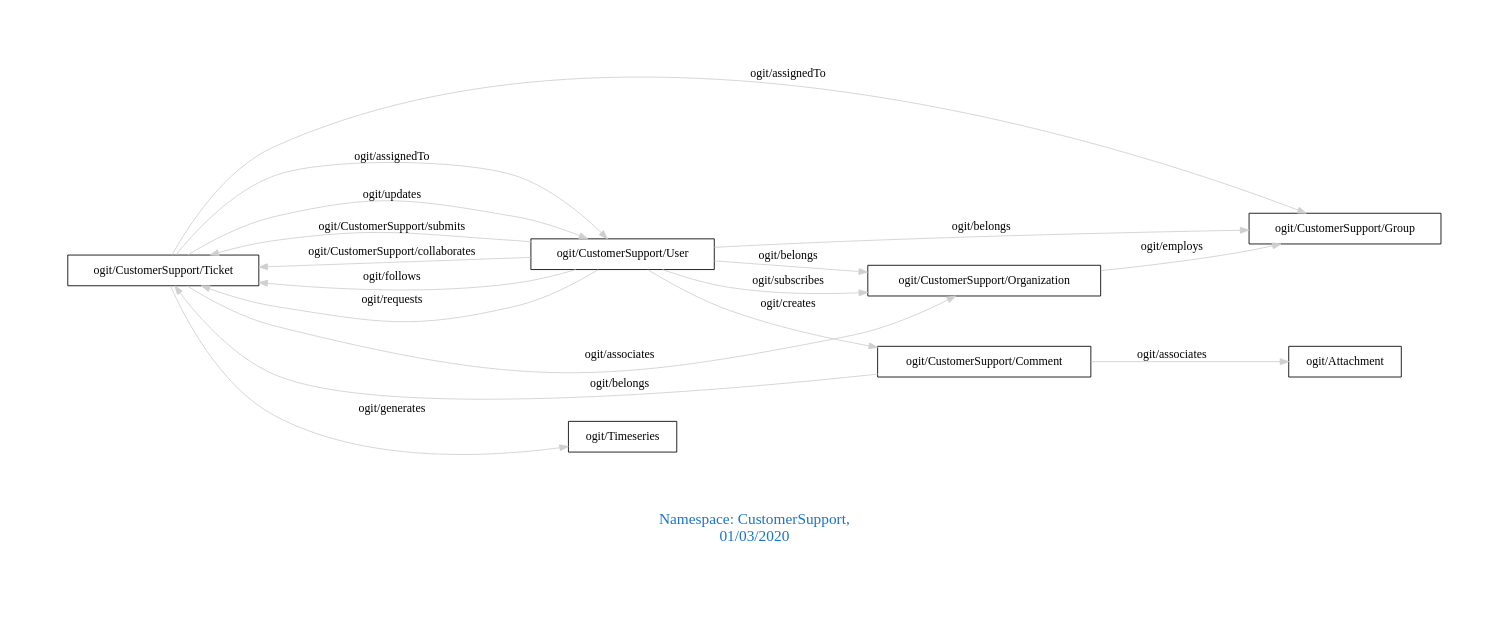
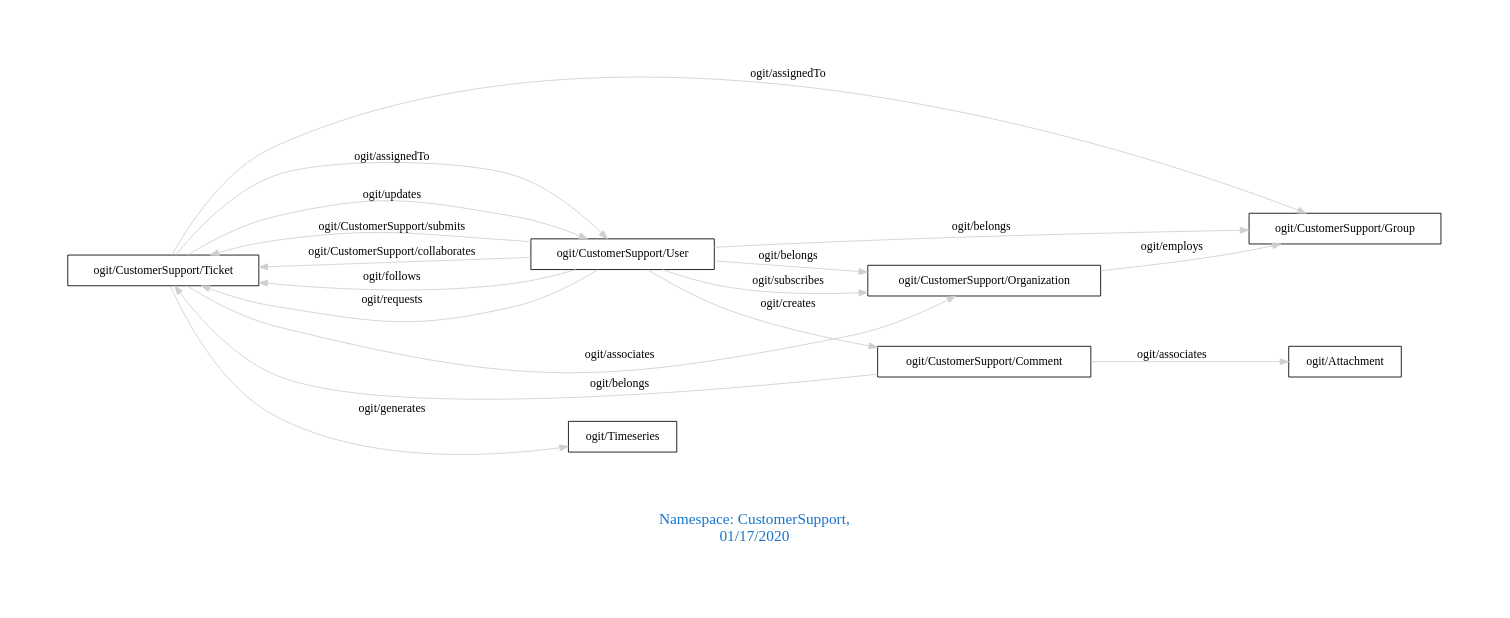
One commit to arago/OGIT changed the diagram in downloads/CustomerSupport.dot. Above: the diagram before and after it, drawn with Graphviz. The commit also changed 1723 other files, not shown here.

```diff
--- a/downloads/CustomerSupport.dot
+++ b/downloads/CustomerSupport.dot
@@ -1,24 +1,24 @@
 digraph OGIT_ontology {
  graph [ rankdir= LR,pad=1 
 fontsize = 18,
-fontcolor= dodgerblue3,label = "\n\n\nNamespace: CustomerSupport, \n 01/03/2020"];
+fontcolor= dodgerblue3,label = "\n\n\nNamespace: CustomerSupport, \n 01/17/2020"];
 node[shape=polygon];
 edge [  color="gray81"];
 
    "ogit/CustomerSupport/Ticket" -> "ogit/CustomerSupport/User" [label="   ogit/assignedTo    "];
    "ogit/CustomerSupport/Ticket" -> "ogit/CustomerSupport/Group" [label="   ogit/assignedTo    "];
    "ogit/CustomerSupport/Ticket" -> "ogit/Timeseries" [label="   ogit/generates    "];
    "ogit/CustomerSupport/User" -> "ogit/CustomerSupport/Ticket" [label="   ogit/CustomerSupport/submits    "];
    "ogit/CustomerSupport/Organization" -> "ogit/CustomerSupport/Group" [label="   ogit/employs    "];
    "ogit/CustomerSupport/User" -> "ogit/CustomerSupport/Ticket" [label="   ogit/CustomerSupport/collaborates    "];
    "ogit/CustomerSupport/User" -> "ogit/CustomerSupport/Ticket" [label="   ogit/follows    "];
    "ogit/CustomerSupport/User" -> "ogit/CustomerSupport/Comment" [label="   ogit/creates    "];
    "ogit/CustomerSupport/Comment" -> "ogit/Attachment" [label="   ogit/associates    "];
    "ogit/CustomerSupport/Ticket" -> "ogit/CustomerSupport/Organization" [label="   ogit/associates    "];
    "ogit/CustomerSupport/User" -> "ogit/CustomerSupport/Ticket" [label="   ogit/requests    "];
    "ogit/CustomerSupport/Ticket" -> "ogit/CustomerSupport/User" [label="   ogit/updates    "];
    "ogit/CustomerSupport/Comment" -> "ogit/CustomerSupport/Ticket" [label="   ogit/belongs    "];
    "ogit/CustomerSupport/User" -> "ogit/CustomerSupport/Group" [label="   ogit/belongs    "];
    "ogit/CustomerSupport/User" -> "ogit/CustomerSupport/Organization" [label="   ogit/belongs    "];
    "ogit/CustomerSupport/User" -> "ogit/CustomerSupport/Organization" [label="   ogit/subscribes    "];
 }
```
